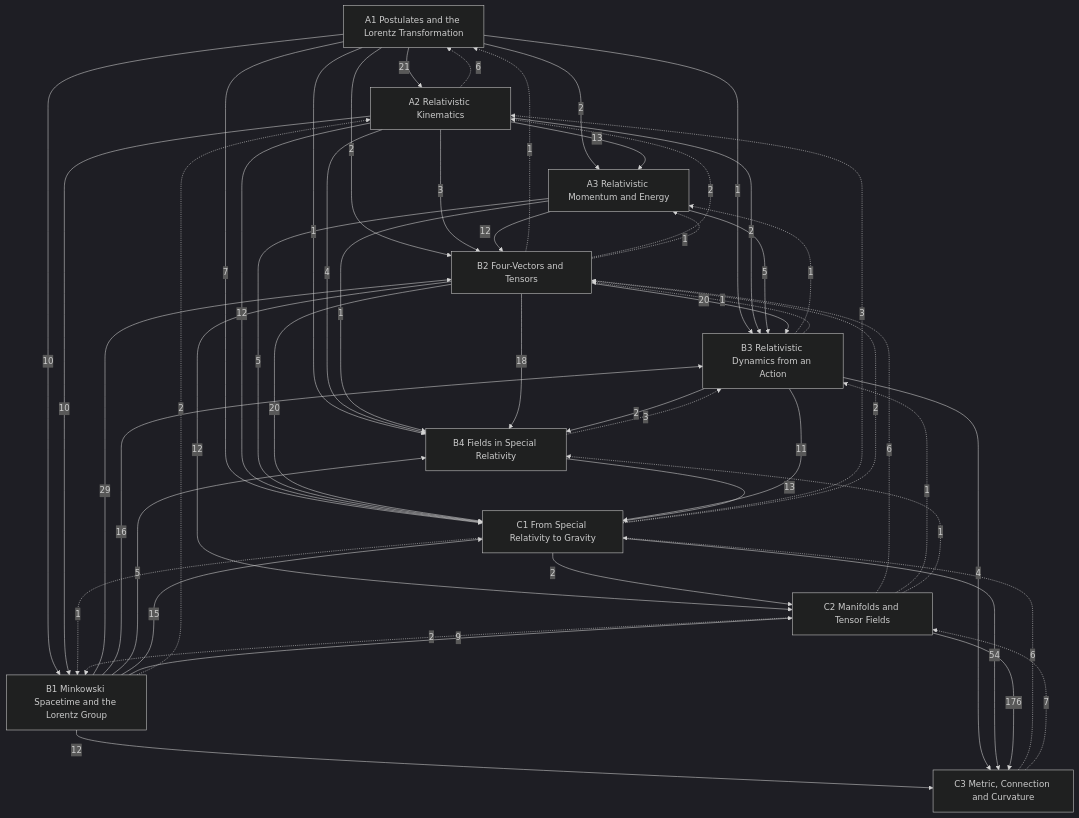
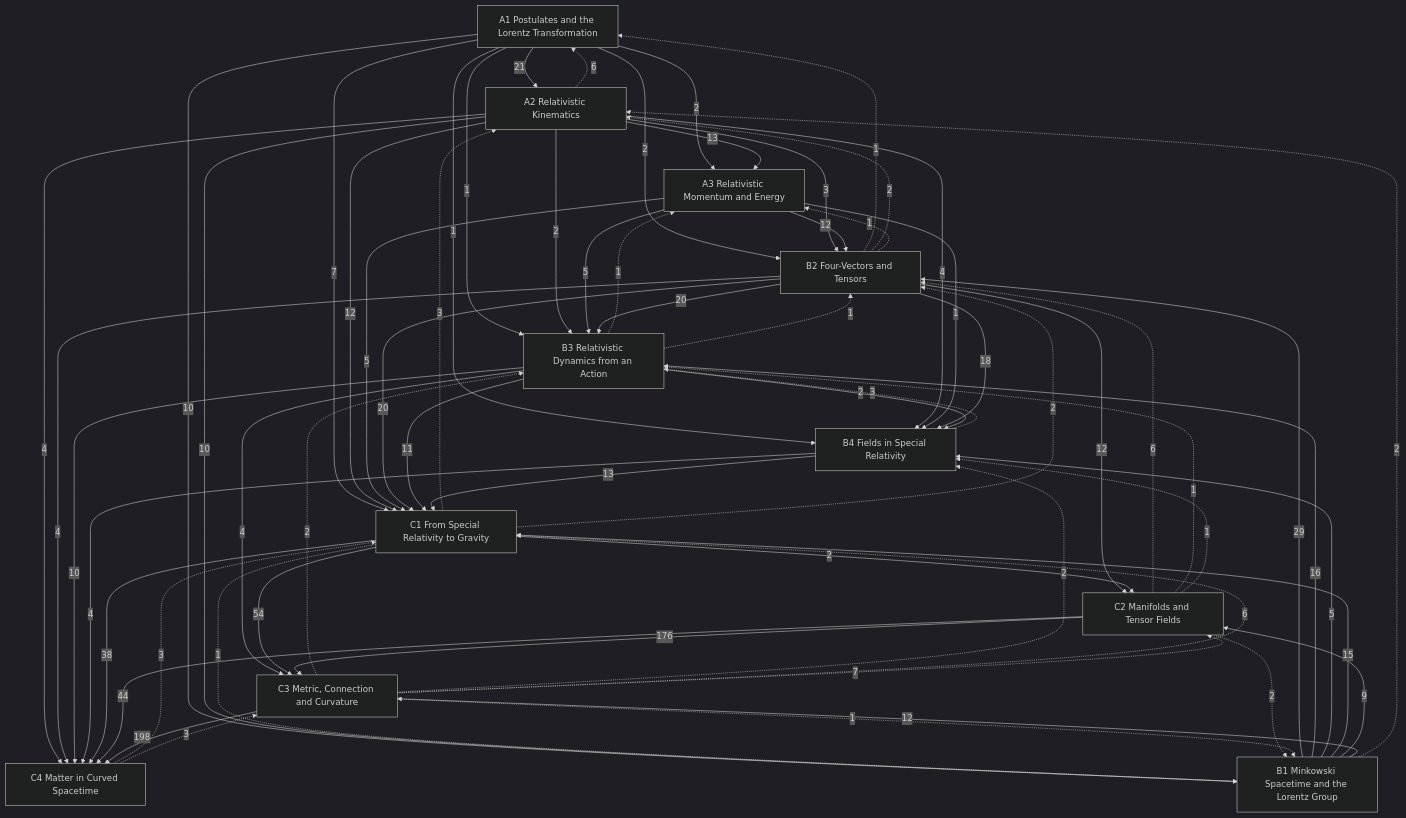
Before and after one commit to Onion20040508/notes: the diagram in Physics/Relativity/Relativity.md, drawn with Mermaid (dark theme). The commit also changed other lines of this file and 28 other files, not shown here.

````diff
--- a/Physics/Relativity/Relativity.md
+++ b/Physics/Relativity/Relativity.md
@@ -33,64 +34,77 @@
 ```mermaid
 graph TD
   A1["A1 Postulates and the Lorentz Transformation"]
   A2["A2 Relativistic Kinematics"]
   A3["A3 Relativistic Momentum and Energy"]
   B1["B1 Minkowski Spacetime and the Lorentz Group"]
   B2["B2 Four-Vectors and Tensors"]
   B3["B3 Relativistic Dynamics from an Action"]
   B4["B4 Fields in Special Relativity"]
   C1["C1 From Special Relativity to Gravity"]
   C2["C2 Manifolds and Tensor Fields"]
   C3["C3 Metric, Connection and Curvature"]
+  C4["C4 Matter in Curved Spacetime"]
   A1 -->|21| A2
   A1 -->|2| A3
   A2 -->|13| A3
   A1 -->|10| B1
   A2 -->|10| B1
   A1 -->|2| B2
   A2 -->|3| B2
   A3 -->|12| B2
   B1 -->|29| B2
   A1 -->|1| B3
   A2 -->|2| B3
   A3 -->|5| B3
   B1 -->|16| B3
   B2 -->|20| B3
   A1 -->|1| B4
   A2 -->|4| B4
   A3 -->|1| B4
   B1 -->|5| B4
   B2 -->|18| B4
   B3 -->|2| B4
   A1 -->|7| C1
   A2 -->|12| C1
   A3 -->|5| C1
   B1 -->|15| C1
   B2 -->|20| C1
   B3 -->|11| C1
   B4 -->|13| C1
   B1 -->|9| C2
   B2 -->|12| C2
   C1 -->|2| C2
   B1 -->|12| C3
   B3 -->|4| C3
   C1 -->|54| C3
   C2 -->|176| C3
+  A2 -->|4| C4
+  B2 -->|4| C4
+  B3 -->|10| C4
+  B4 -->|4| C4
+  C1 -->|38| C4
+  C2 -->|44| C4
+  C3 -->|198| C4
   A2 -.->|6| A1
   B2 -.->|1| A1
   B1 -.->|2| A2
   B2 -.->|2| A2
   C1 -.->|3| A2
   B2 -.->|1| A3
   B3 -.->|1| A3
   C1 -.->|1| B1
   C2 -.->|2| B1
+  C3 -.->|1| B1
   B3 -.->|1| B2
   C1 -.->|2| B2
   C2 -.->|6| B2
   B4 -.->|3| B3
   C2 -.->|1| B3
+  C3 -.->|2| B3
   C2 -.->|1| B4
+  C3 -.->|2| B4
   C3 -.->|6| C1
+  C4 -.->|3| C1
   C3 -.->|7| C2
+  C4 -.->|3| C3
 ```
````
